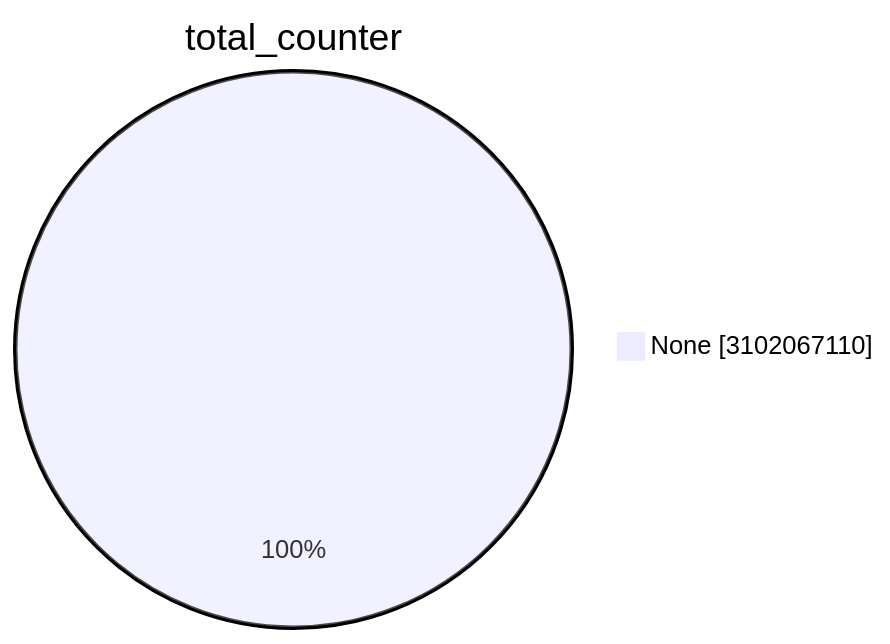
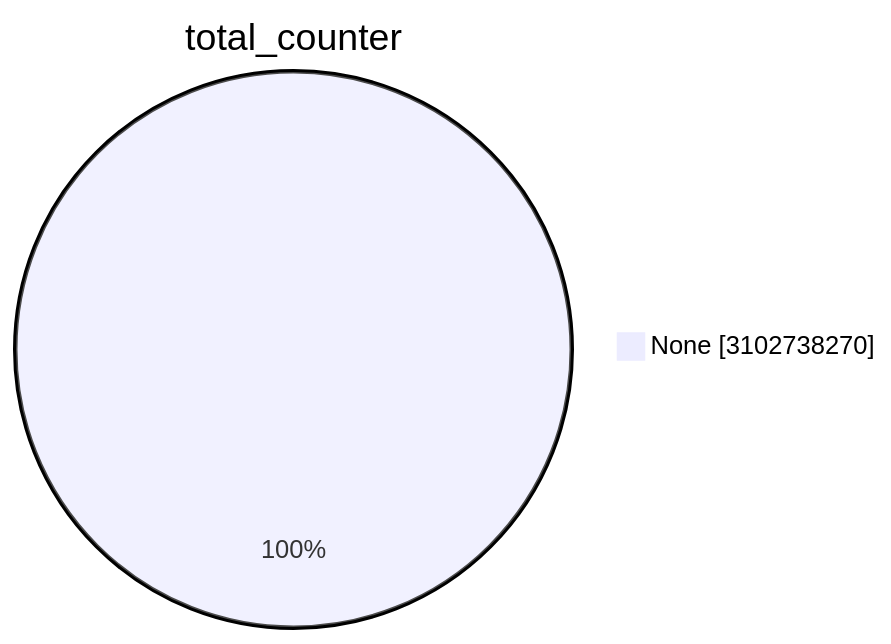
One commit to christiankrug/ctmonitor_visualization changed the first of 15 diagrams in TOTAL/README.md. Above: the diagram before and after it, drawn with Mermaid. The commit also changed other lines of this file, not shown here.

````diff
--- a/TOTAL/README.md
+++ b/TOTAL/README.md
@@ -1,5 +1,5 @@
 ```mermaid
 pie showData
 title total_counter
-"None" :3102067110
+"None" :3102738270
 ```
````
